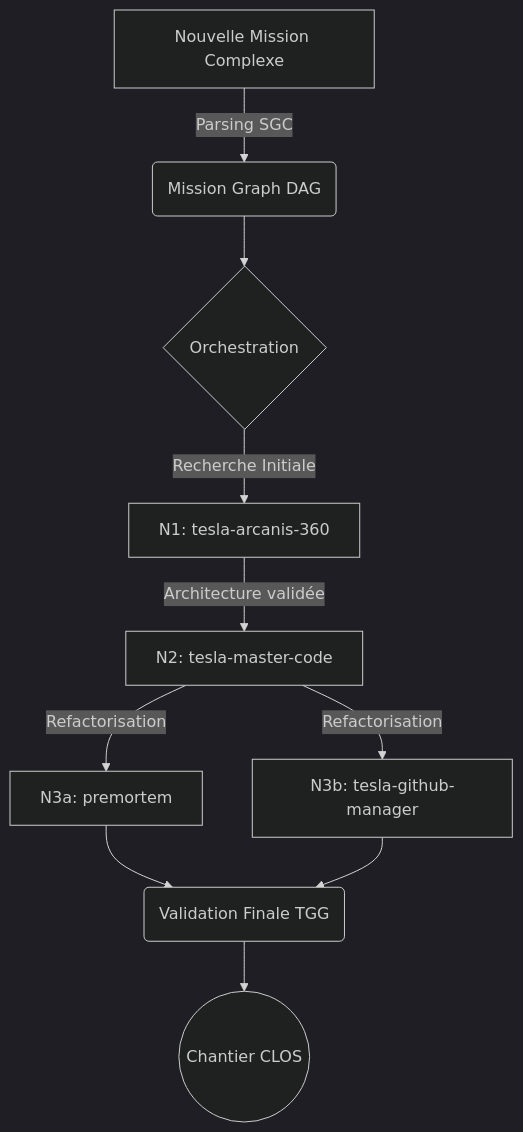
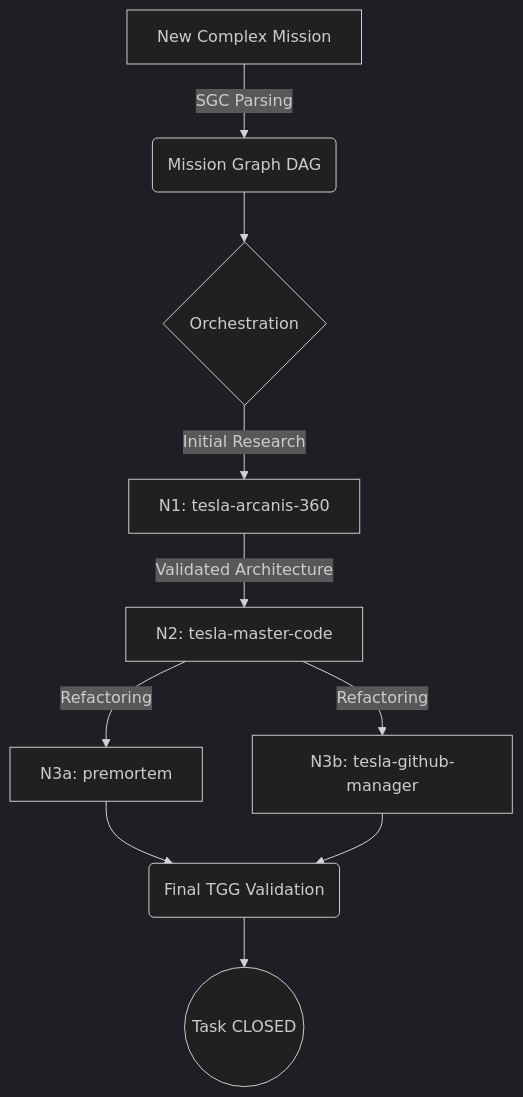
Before and after one commit to lordmahonheim-bot/Tesla-Antigravity-CLI: the diagram in 29-Tesla-Team-Synergy/README.md, drawn with Mermaid (dark theme). The commit also changed other lines of this file, not shown here.

````diff
--- a/29-Tesla-Team-Synergy/README.md
+++ b/29-Tesla-Team-Synergy/README.md
@@ -13,17 +14,17 @@
 ```mermaid
 graph TD
-    %% Nœuds Principaux
-    A[Nouvelle Mission Complexe] -->|Parsing SGC| B(Mission Graph DAG)
+    %% Main Nodes
+    A[New Complex Mission] -->|SGC Parsing| B(Mission Graph DAG)
     B --> C{Orchestration}
     
-    %% Flot d'Agents
-    C -->|Recherche Initiale| N1[N1: tesla-arcanis-360]
-    N1 -->|Architecture validée| N2[N2: tesla-master-code]
-    N2 -->|Refactorisation| N3a[N3a: premortem]
-    N2 -->|Refactorisation| N3b[N3b: tesla-github-manager]
+    %% Agent Flow
+    C -->|Initial Research| N1[N1: tesla-arcanis-360]
+    N1 -->|Validated Architecture| N2[N2: tesla-master-code]
+    N2 -->|Refactoring| N3a[N3a: premortem]
+    N2 -->|Refactoring| N3b[N3b: tesla-github-manager]
     
-    %% Assemblage
-    N3a --> D(Validation Finale TGG)
+    %% Assembly
+    N3a --> D(Final TGG Validation)
     N3b --> D
-    D --> E((Chantier CLOS))
+    D --> E((Task CLOSED))
 ```
````
